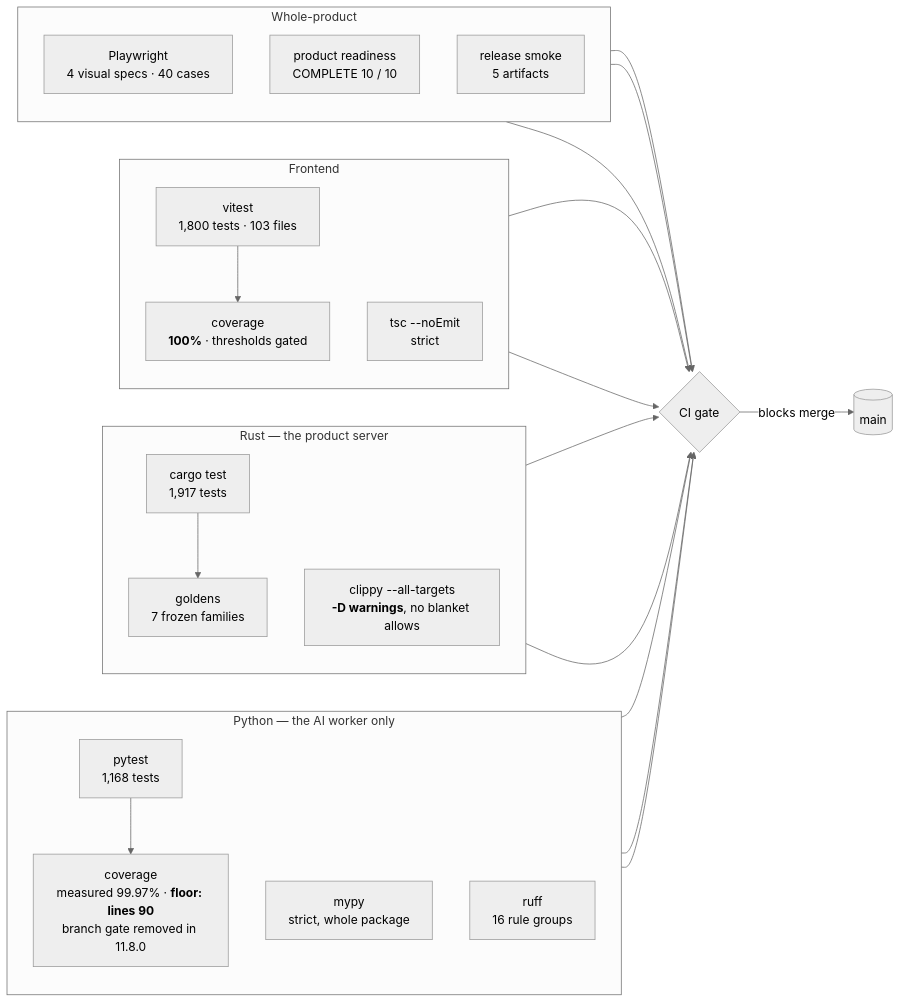
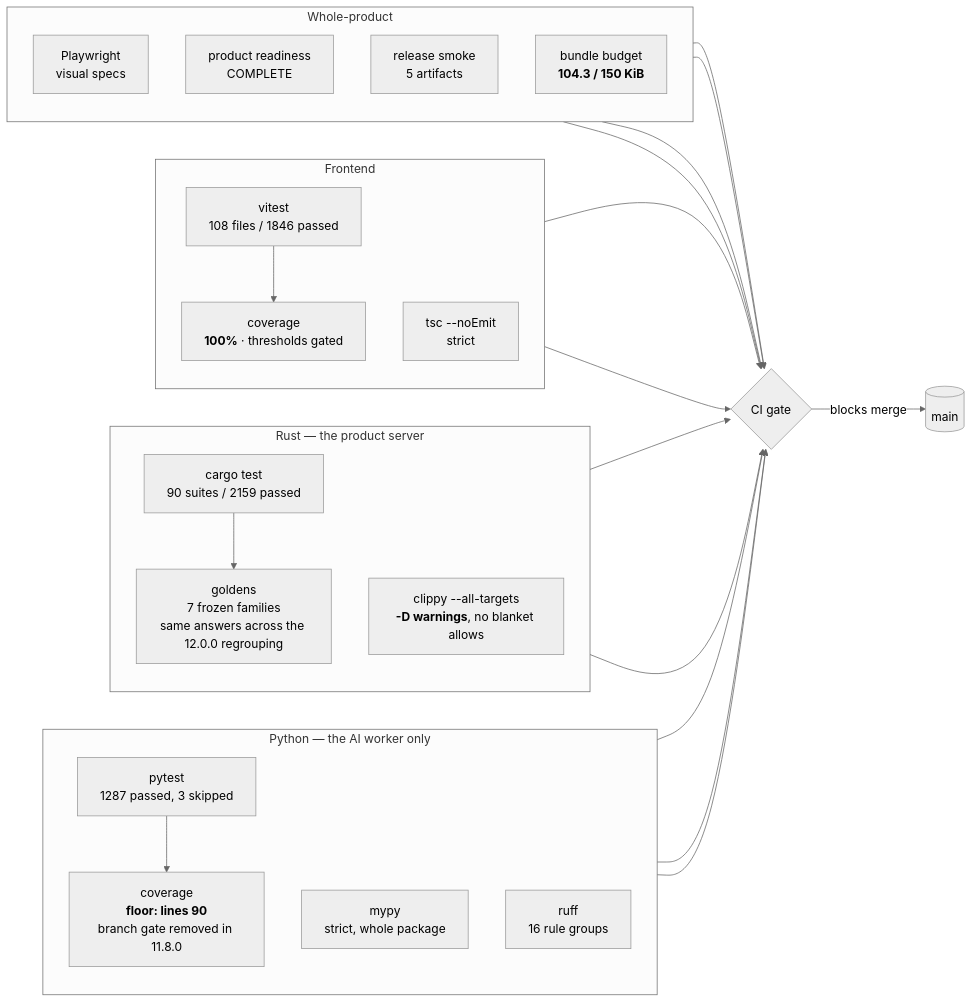
Before and after one commit to TaeSooPark-PTS/LatticeAI: the fifth of 6 diagrams in ARCHITECTURE.md, drawn with Mermaid (neutral theme). The commit also changed other lines of this file and 577 other files, not shown here.

````diff
--- a/ARCHITECTURE.md
+++ b/ARCHITECTURE.md
@@ -1093,48 +1286,50 @@
 ```mermaid
 flowchart LR
   subgraph py["Python — the AI worker only"]
     direction TB
-    pyt["pytest<br/>1,168 tests"]
-    pycov["coverage<br/>measured 99.97% · <b>floor: lines 90</b><br/>branch gate removed in 11.8.0"]
+    pyt["pytest<br/>1287 passed, 3 skipped"]
+    pycov["coverage<br/><b>floor: lines 90</b><br/>branch gate removed in 11.8.0"]
     pymypy["mypy<br/>strict, whole package"]
     pyruff["ruff<br/>16 rule groups"]
     pyt --> pycov
   end
 
   subgraph rs["Rust — the product server"]
     direction TB
-    rst["cargo test<br/>1,917 tests"]
+    rst["cargo test<br/>90 suites / 2159 passed"]
     rsclippy["clippy --all-targets<br/><b>-D warnings</b>, no blanket allows"]
-    rsgold["goldens<br/>7 frozen families"]
+    rsgold["goldens<br/>7 frozen families<br/>same answers across the 12.0.0 regrouping"]
     rst --> rsgold
   end
 
   subgraph fe["Frontend"]
     direction TB
-    fet["vitest<br/>1,800 tests · 103 files"]
+    fet["vitest<br/>108 files / 1846 passed"]
     fecov["coverage<br/><b>100%</b> · thresholds gated"]
     fets["tsc --noEmit<br/>strict"]
     fet --> fecov
   end
 
   subgraph e2e["Whole-product"]
     direction TB
-    play["Playwright<br/>4 visual specs · 40 cases"]
-    readiness["product readiness<br/>COMPLETE 10 / 10"]
+    play["Playwright<br/>visual specs"]
+    readiness["product readiness<br/>COMPLETE"]
     smoke["release smoke<br/>5 artifacts"]
+    budget["bundle budget<br/><b>104.3 / 150 KiB</b>"]
   end
 
   gate{"CI gate"}
   pycov --> gate
   pymypy --> gate
   pyruff --> gate
   rsclippy --> gate
   rsgold --> gate
   fets --> gate
   fecov --> gate
   play --> gate
   readiness --> gate
   smoke --> gate
+  budget --> gate
 
   gate -- "blocks merge" --> main[("main")]
 ```
````
